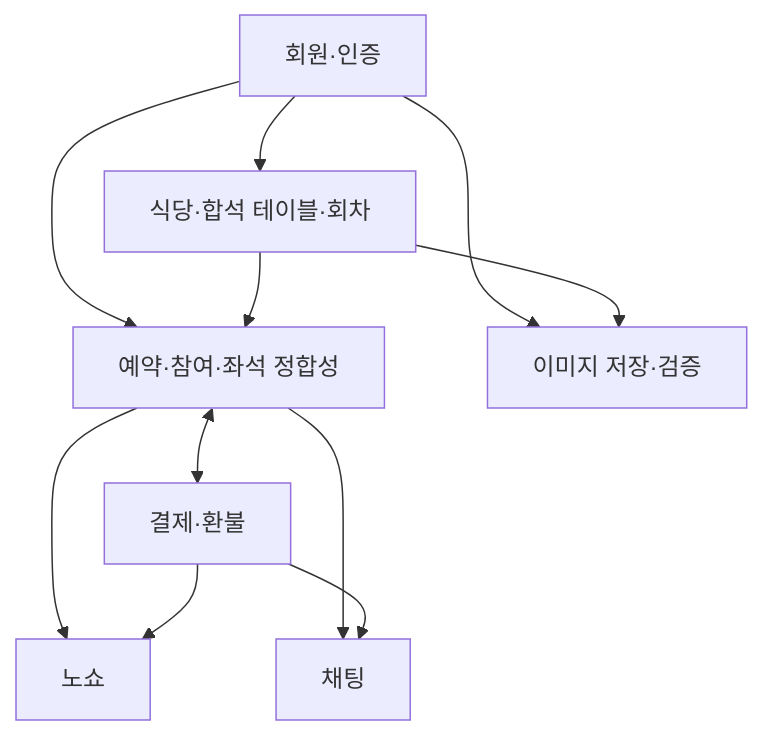
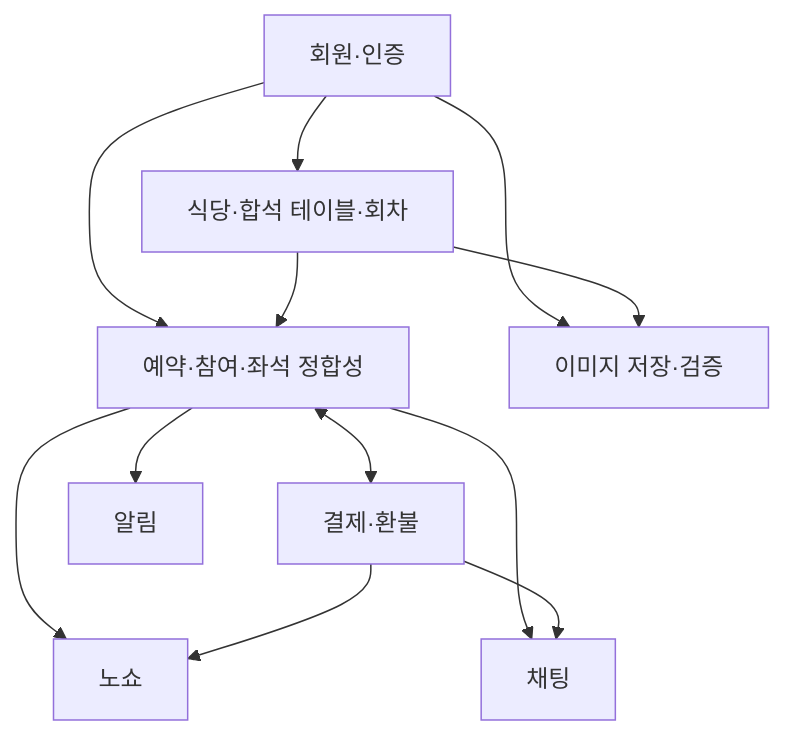
One commit to bobfull-project/bobfull-backend changed the second of 3 diagrams in docs/ARCHITECTURE.md. Above: the diagram before and after it, drawn with Mermaid. The commit also changed other lines of this file and 13 other files, not shown here.

````diff
--- a/docs/ARCHITECTURE.md
+++ b/docs/ARCHITECTURE.md
@@ -45,21 +45,23 @@
 ```mermaid
 flowchart TB
     auth["회원·인증"]
     restaurant["식당·합석 테이블·회차"]
     reservation["예약·참여·좌석 정합성"]
     payment["결제·환불"]
     image["이미지 저장·검증"]
     noshow["노쇼"]
     chat["채팅"]
+    notification["알림"]
 
     auth --> restaurant
     auth --> image
     auth --> reservation
     restaurant --> image
     restaurant --> reservation
     reservation <--> payment
     reservation --> noshow
     payment --> noshow
     reservation --> chat
     payment --> chat
+    reservation --> notification
 ```
````
